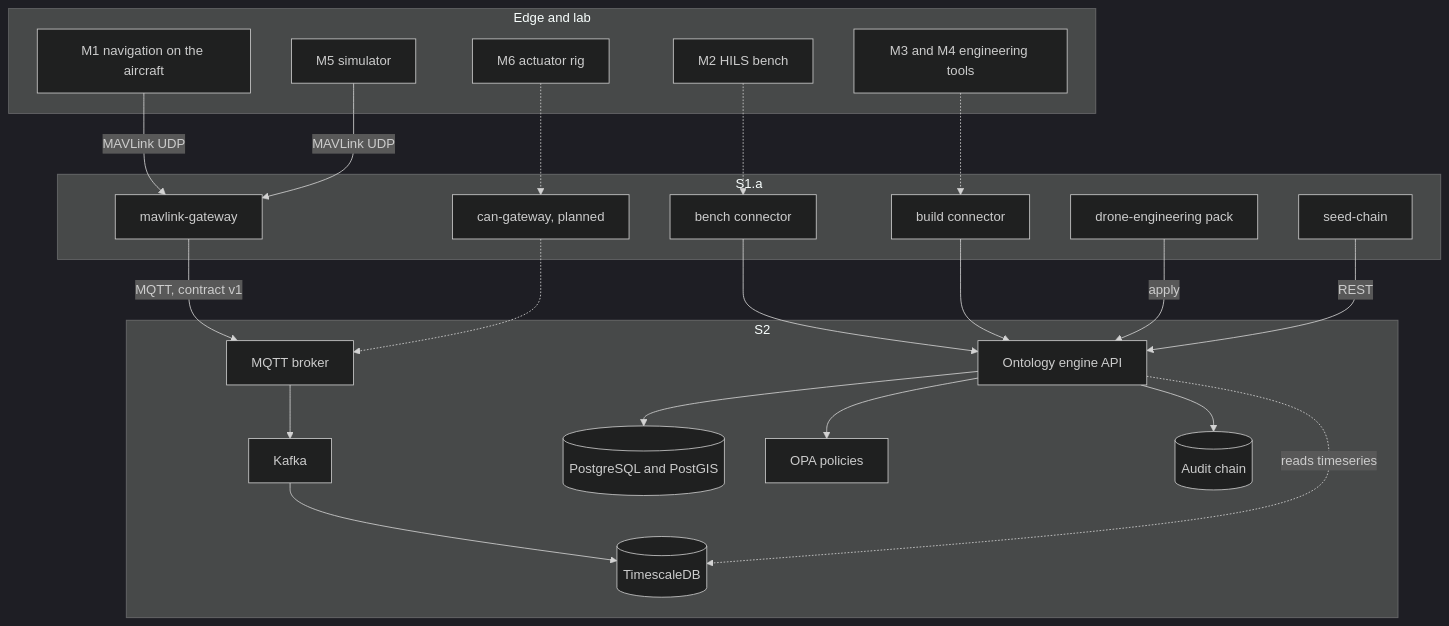
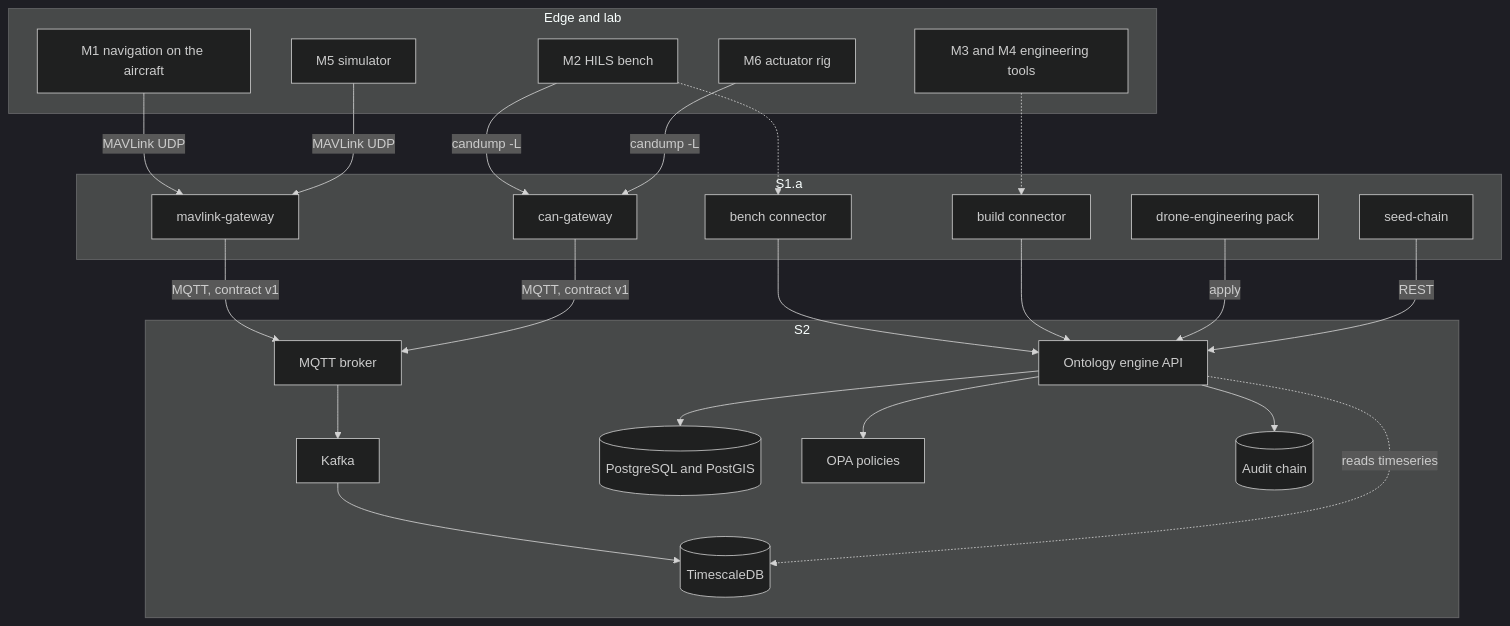
The first of 3 diagrams in docs/architecture.md (veerendra-saraswathi/S1.a), drawn with Mermaid (dark theme) before and after one commit. The commit also changed other lines of this file and 23 other files, not shown here.

First line of the commit message:
Add the CAN gateway: DroneCAN bench telemetry from candump into S2

````diff
--- a/docs/architecture.md
+++ b/docs/architecture.md
@@ -22,39 +22,41 @@
 ```mermaid
 flowchart TB
     subgraph Edge["Edge and lab"]
         M1[M1 navigation on the aircraft]
         M2[M2 HILS bench]
         M6[M6 actuator rig]
         M5[M5 simulator]
         M34[M3 and M4 engineering tools]
     end
     subgraph S1a["S1.a"]
         GW[mavlink-gateway]
         HC[bench connector]
-        CC[can-gateway, planned]
+        CC[can-gateway]
         BC[build connector]
         PACK[drone-engineering pack]
         SEED[seed-chain]
     end
     subgraph S2["S2"]
         MQ[MQTT broker]
         K[Kafka]
         TSDB[(TimescaleDB)]
         ENG[Ontology engine API]
         PG[(PostgreSQL and PostGIS)]
         OPA[OPA policies]
         AUD[(Audit chain)]
     end
     M1 -- MAVLink UDP --> GW
     M5 -- MAVLink UDP --> GW
     GW -- MQTT, contract v1 --> MQ --> K --> TSDB
     M2 -.-> HC --> ENG
-    M6 -.-> CC -.-> MQ
+    M2 -- candump -L --> CC
+    M6 -- candump -L --> CC
+    CC -- MQTT, contract v1 --> MQ
     M34 -.-> BC --> ENG
     PACK -- apply --> ENG
     SEED -- REST --> ENG
     ENG --> PG
     ENG --> OPA
     ENG --> AUD
     ENG -. reads timeseries .-> TSDB
 ```
````
